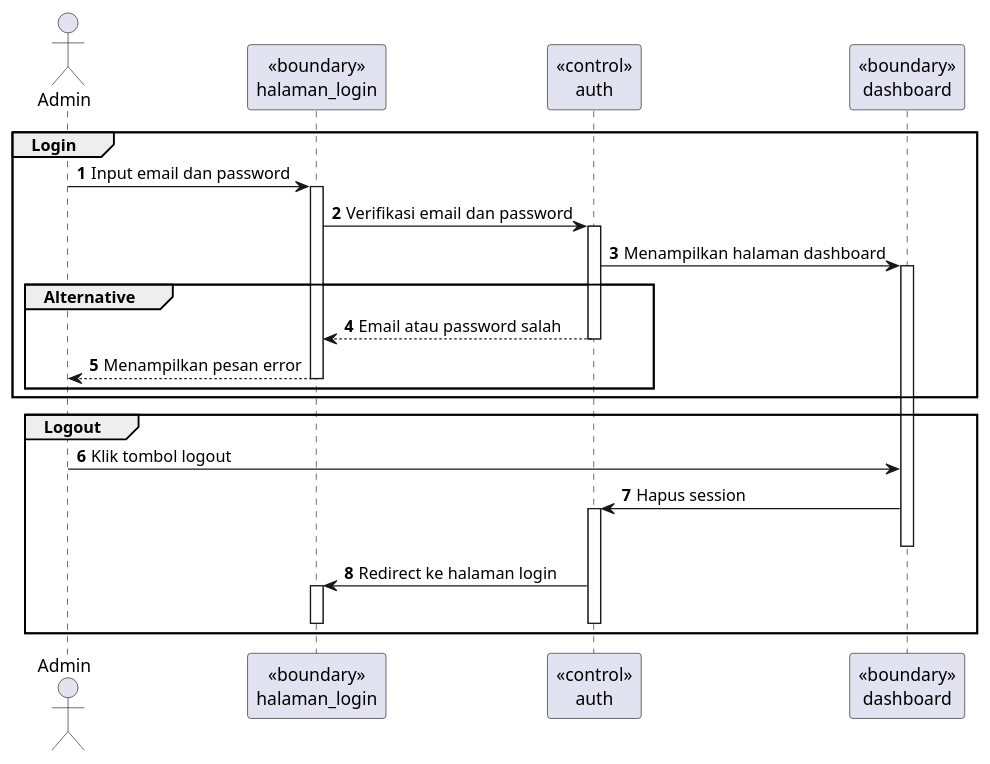
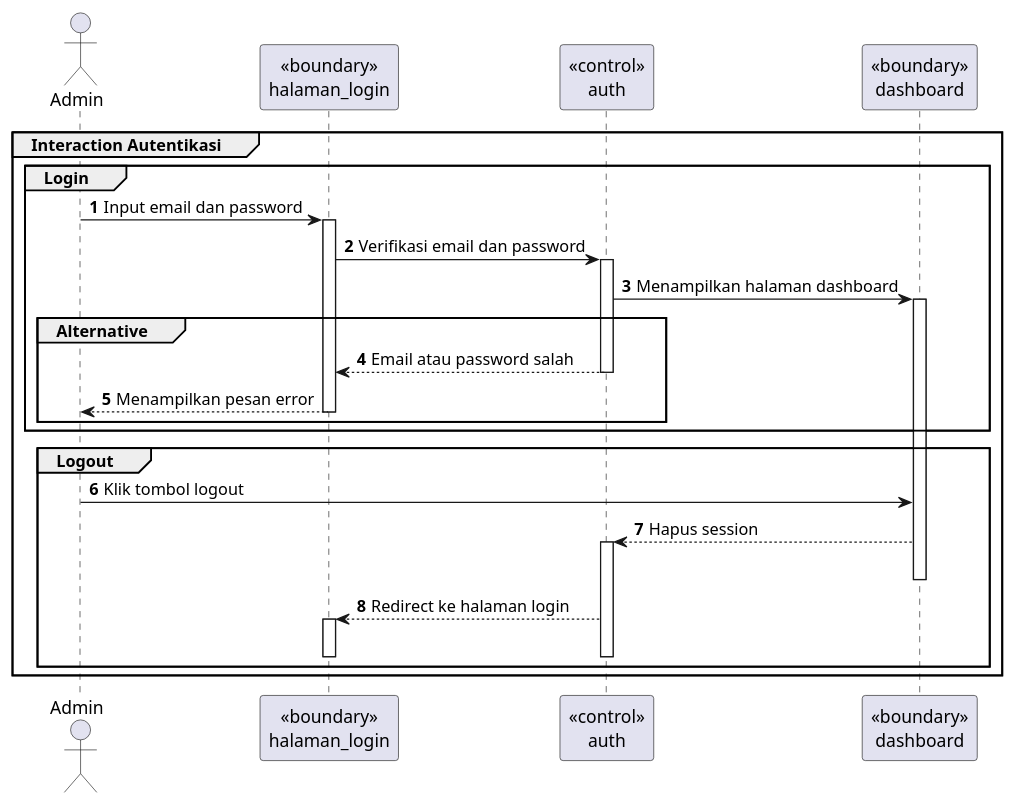
One commit to Churma16/indeks-kepuasan-masyarakat changed the diagram in documentation/SequenceDiagram/loginSequenceDiagram.puml. Above: the diagram before and after it, drawn with PlantUML. The commit also changed 11 other files, not shown here.

```diff
--- a/documentation/SequenceDiagram/loginSequenceDiagram.puml
+++ b/documentation/SequenceDiagram/loginSequenceDiagram.puml
@@ -1,31 +1,33 @@
 @startuml Login
 autonumber
 actor Admin
 participant "<<boundary>>\nhalaman_login" as login
 participant "<<control>>\nauth" as auth
 participant "<<boundary>>\ndashboard" as dashboard
+group Interaction Autentikasi
 group Login
     Admin -> login: Input email dan password
     activate login
     login -> auth: Verifikasi email dan password
     activate auth
     auth -> dashboard: Menampilkan halaman dashboard
     activate dashboard
     group Alternative
         auth --> login: Email atau password salah
         deactivate auth
         login --> Admin: Menampilkan pesan error
         deactivate login
     end
 end
 group Logout
     Admin -> dashboard: Klik tombol logout
-    dashboard -> auth: Hapus session
+    dashboard --> auth: Hapus session
     activate auth
     deactivate dashboard
-    auth -> login: Redirect ke halaman login
+    auth --> login: Redirect ke halaman login
     activate login
     deactivate login
     deactivate auth
 end
+end
 @enduml
```
